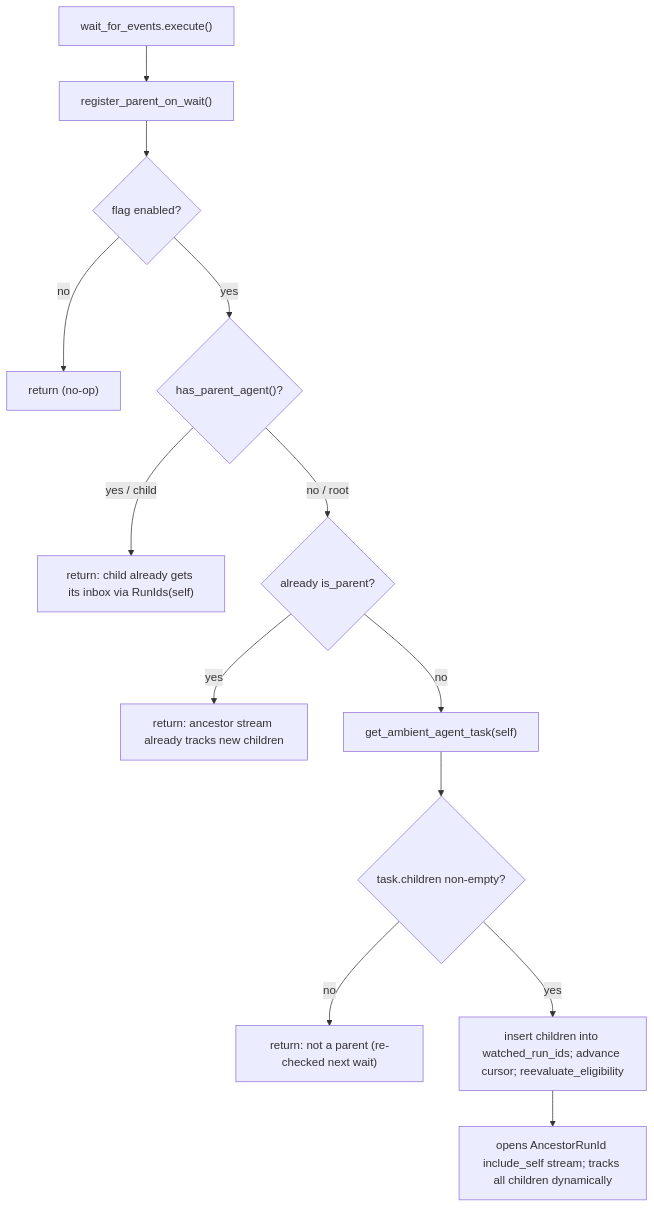
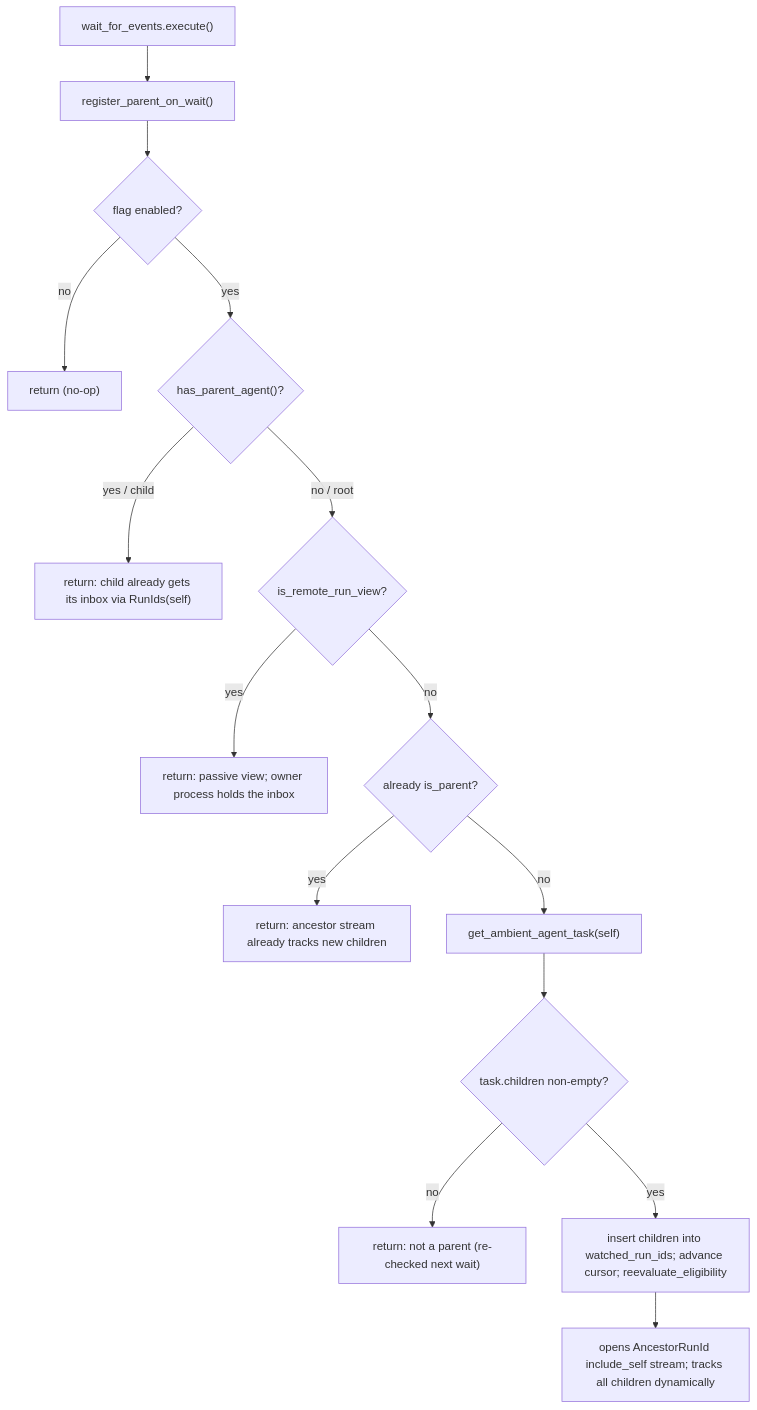
One commit to warpdotdev/warp changed the diagram in specs/QUALITY-919/TECH.md. Above: the diagram before and after it, drawn with Mermaid. The commit also changed other lines of this file and 1 other file, not shown here.

First line of the commit message:
QUALITY-919: address review — skip remote-run views; clarify last_event_sequence

````diff
--- a/specs/QUALITY-919/TECH.md
+++ b/specs/QUALITY-919/TECH.md
@@ -37,15 +38,17 @@
 ```mermaid
 flowchart TD
   W["wait_for_events.execute()"] --> M["register_parent_on_wait()"]
   M --> F{"flag enabled?"}
   F -- no --> X1["return (no-op)"]
   F -- yes --> C{"has_parent_agent()?"}
   C -- "yes / child" --> X2["return: child already gets its inbox via RunIds(self)"]
-  C -- "no / root" --> P{"already is_parent?"}
+  C -- "no / root" --> RV{"is_remote_run_view?"}
+  RV -- yes --> X5["return: passive view; owner process holds the inbox"]
+  RV -- no --> P{"already is_parent?"}
   P -- yes --> X3["return: ancestor stream already tracks new children"]
   P -- no --> G["get_ambient_agent_task(self)"]
   G --> H{"task.children non-empty?"}
   H -- no --> X4["return: not a parent (re-checked next wait)"]
   H -- yes --> R["insert children into watched_run_ids; advance cursor; reevaluate_eligibility"]
   R --> S["opens AncestorRunId include_self stream; tracks all children dynamically"]
 ```
````
